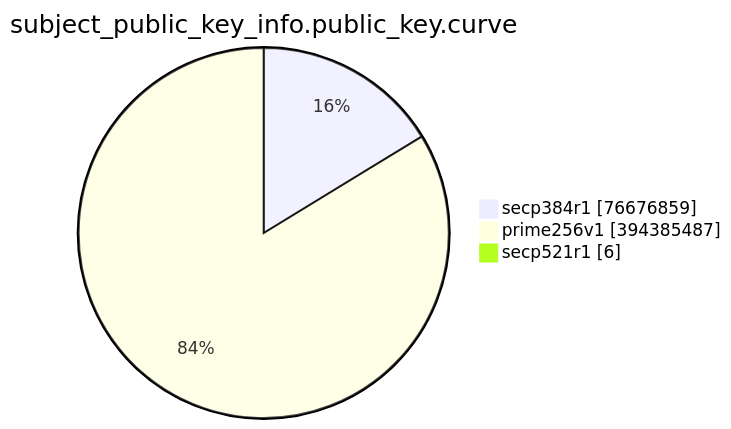
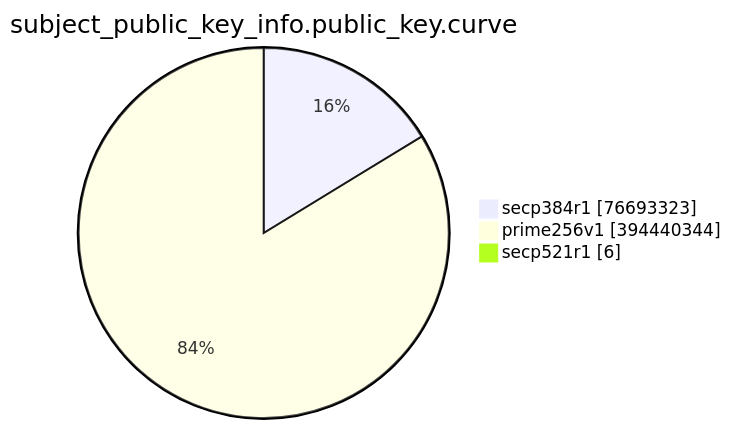
Before and after one commit to christiankrug/ctmonitor_visualization: the eighth of 15 diagrams in TOTAL/README.md, drawn with Mermaid. The commit also changed other lines of this file, not shown here.

````diff
--- a/TOTAL/README.md
+++ b/TOTAL/README.md
@@ -3094,7 +3094,7 @@
 ```mermaid
 pie showData
 title subject_public_key_info.public_key.curve
-"secp384r1" :76676859
-"prime256v1" :394385487
+"secp384r1" :76693323
+"prime256v1" :394440344
 "secp521r1" :6
 ```
````
